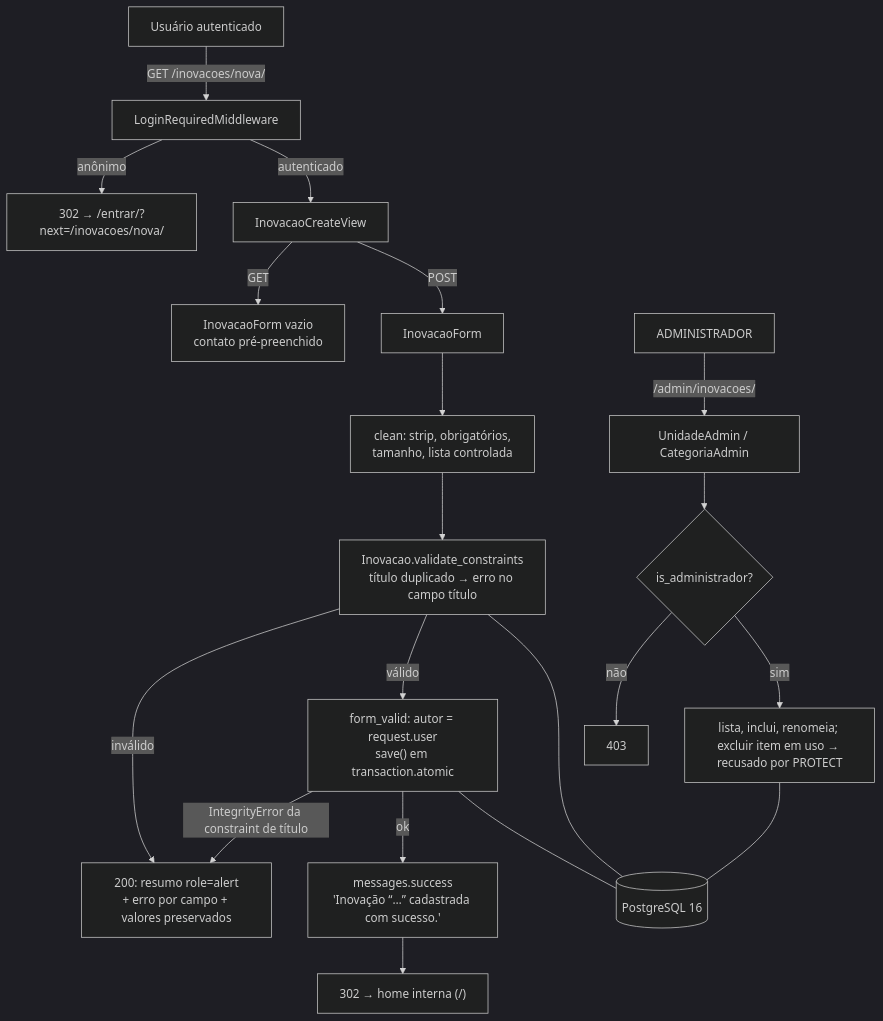
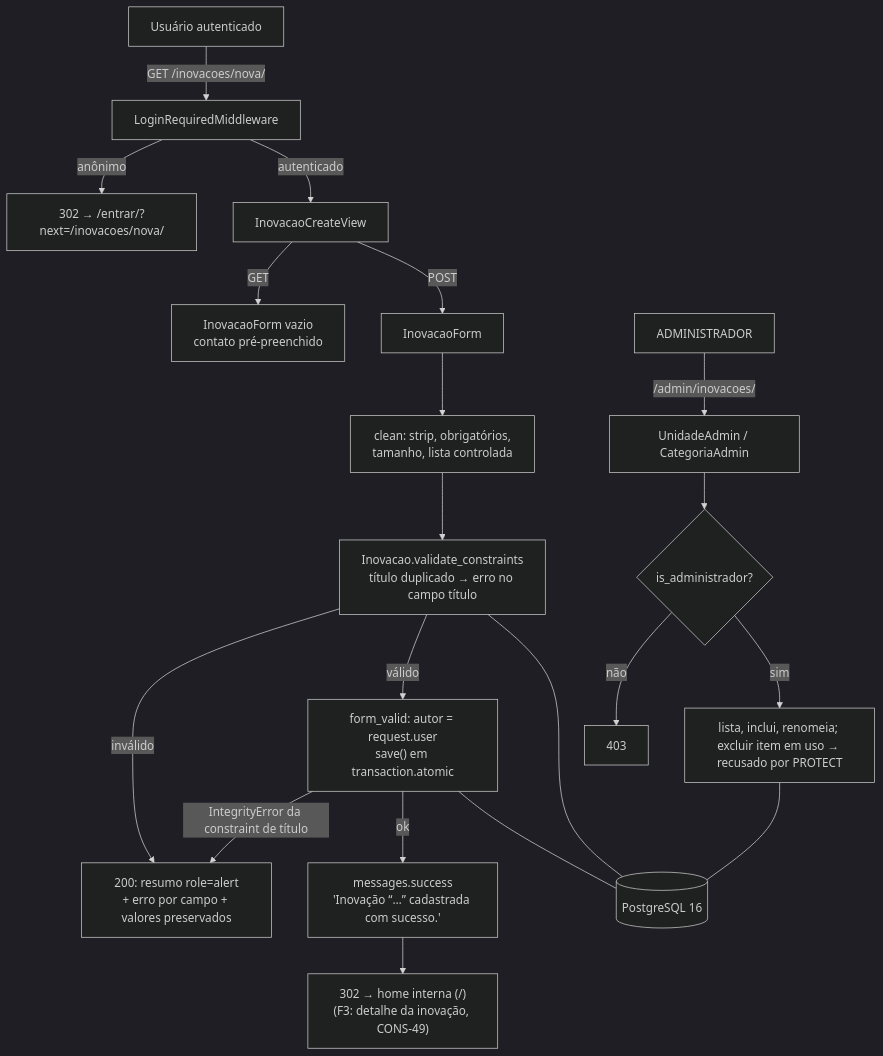
One commit to SofiaNascimento/kira-repositorio-inovacoes changed the diagram in .specs/features/cadastro-inovacao/design.md. Above: the diagram before and after it, drawn with Mermaid (dark theme). The commit also changed other lines of this file and 8 other files, not shown here.

````diff
--- a/.specs/features/cadastro-inovacao/design.md
+++ b/.specs/features/cadastro-inovacao/design.md
@@ -36,25 +36,25 @@
 ```mermaid
 graph TD
     U[Usuário autenticado] -->|"GET /inovacoes/nova/"| MW[LoginRequiredMiddleware]
     MW -->|anônimo| RL["302 → /entrar/?next=/inovacoes/nova/"]
     MW -->|autenticado| V[InovacaoCreateView]
     V -->|GET| FI["InovacaoForm vazio<br/>contato pré-preenchido"]
     V -->|POST| F[InovacaoForm]
     F --> C1["clean: strip, obrigatórios,<br/>tamanho, lista controlada"]
     C1 --> C2["Inovacao.validate_constraints<br/>título duplicado → erro no campo título"]
     C2 -->|inválido| R200["200: resumo role=alert<br/>+ erro por campo + valores preservados"]
     C2 -->|válido| S["form_valid: autor = request.user<br/>save() em transaction.atomic"]
     S -->|IntegrityError da constraint de título| R200
     S -->|ok| MSG["messages.success<br/>'Inovação “…” cadastrada com sucesso.'"]
-    MSG --> H["302 → home interna (/)"]
+    MSG --> H["302 → home interna (/)<br/>(F3: detalhe da inovação, CONS-49)"]
 
     A[ADMINISTRADOR] -->|/admin/inovacoes/| ADM[UnidadeAdmin / CategoriaAdmin]
     ADM --> PERM{"is_administrador?"}
     PERM -->|não| F403[403]
     PERM -->|sim| LST[lista, inclui, renomeia; excluir item em uso → recusado por PROTECT]
 
     DB[(PostgreSQL 16)]
     S --- DB
     C2 --- DB
     LST --- DB
 ```
````
